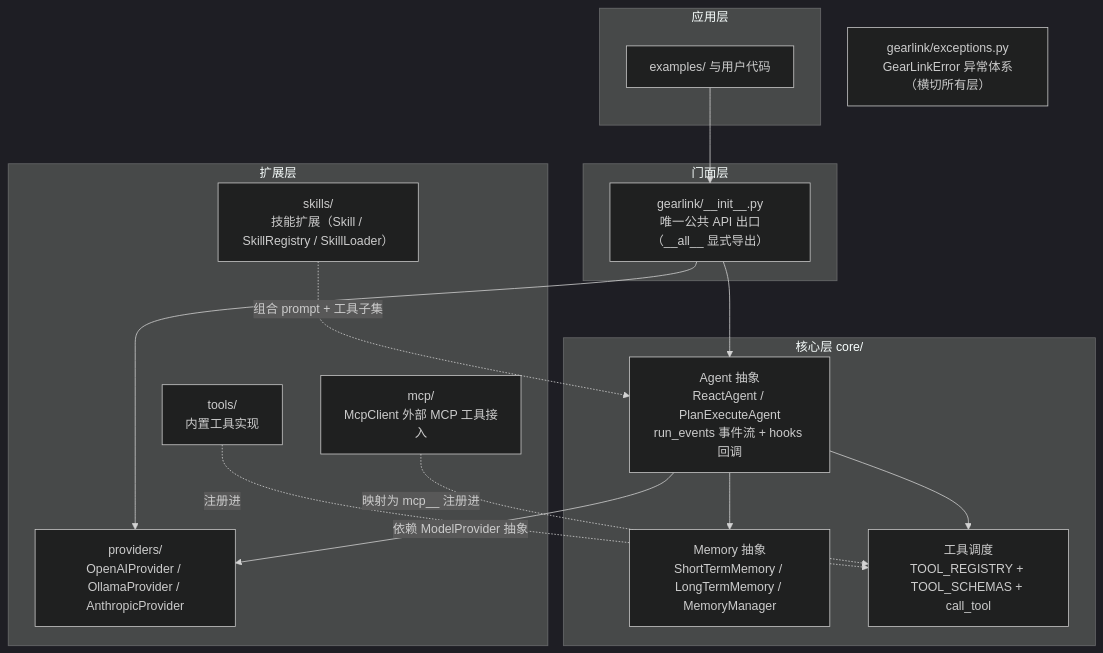
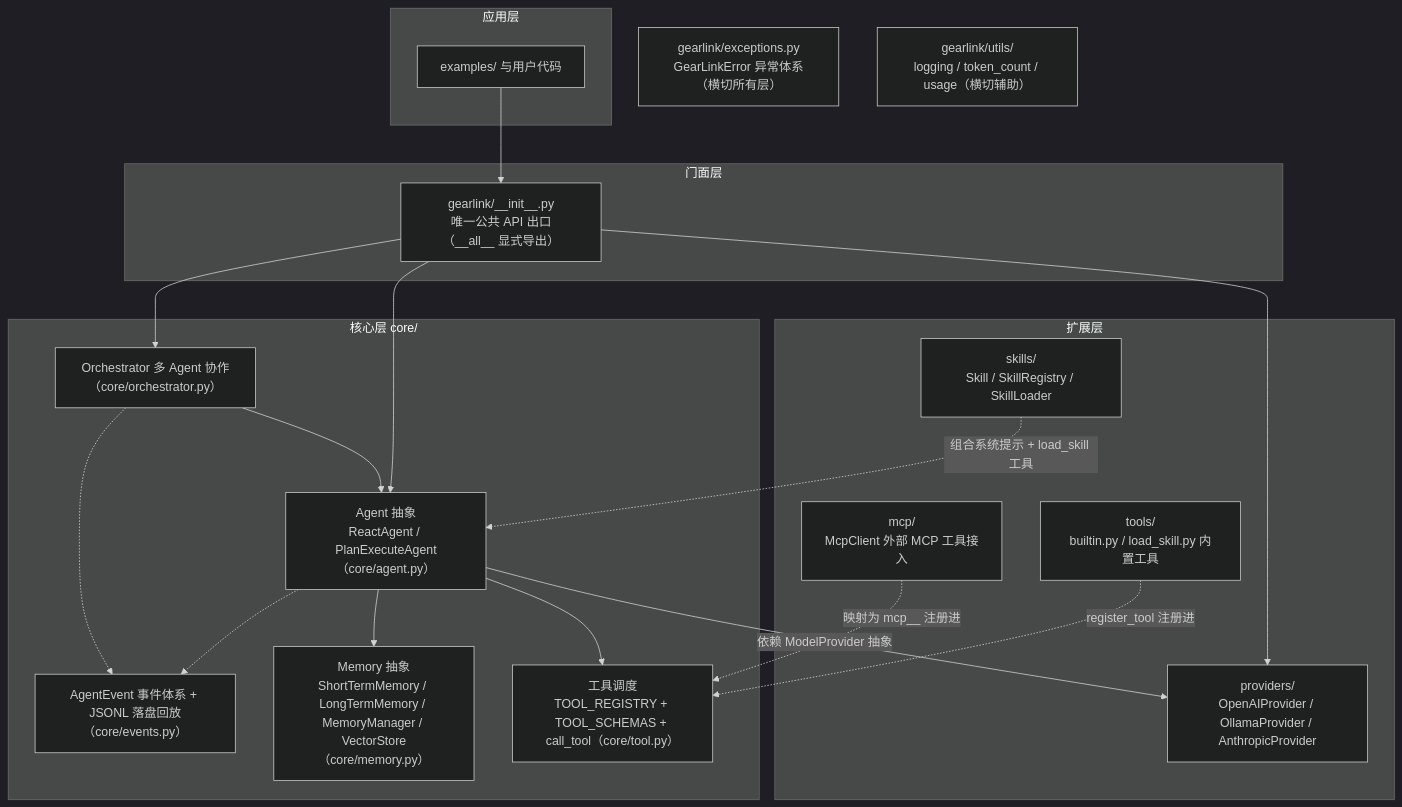
One commit to Mzys521/gearlink changed the first of 6 diagrams in docs/架构设计.md. Above: the diagram before and after it, drawn with Mermaid (dark theme). The commit also changed other lines of this file and 40 other files, not shown here.

````diff
--- a/docs/架构设计.md
+++ b/docs/架构设计.md
@@ -20,35 +20,42 @@
 ```mermaid
 flowchart TB
     subgraph app[应用层]
         EX[examples/ 与用户代码]
     end
 
     subgraph facade[门面层]
         INIT["gearlink/__init__.py<br/>唯一公共 API 出口（__all__ 显式导出）"]
     end
 
     subgraph core[核心层 core/]
-        AGENT["Agent 抽象<br/>ReactAgent / PlanExecuteAgent<br/>run_events 事件流 + hooks 回调"]
-        MEM["Memory 抽象<br/>ShortTermMemory / LongTermMemory / MemoryManager"]
-        DISP["工具调度<br/>TOOL_REGISTRY + TOOL_SCHEMAS + call_tool"]
+        AGENT["Agent 抽象<br/>ReactAgent / PlanExecuteAgent（core/agent.py）"]
+        ORCH["Orchestrator 多 Agent 协作（core/orchestrator.py）"]
+        EVT["AgentEvent 事件体系 + JSONL 落盘回放（core/events.py）"]
+        MEM["Memory 抽象<br/>ShortTermMemory / LongTermMemory / MemoryManager / VectorStore（core/memory.py）"]
+        DISP["工具调度<br/>TOOL_REGISTRY + TOOL_SCHEMAS + call_tool（core/tool.py）"]
     end
 
     subgraph ext[扩展层]
         PROV["providers/<br/>OpenAIProvider / OllamaProvider / AnthropicProvider"]
-        TOOLS["tools/<br/>内置工具实现"]
-        SKILLS["skills/<br/>技能扩展（Skill / SkillRegistry / SkillLoader）"]
+        TOOLS["tools/<br/>builtin.py / load_skill.py 内置工具"]
+        SKILLS["skills/<br/>Skill / SkillRegistry / SkillLoader"]
         MCPX["mcp/<br/>McpClient 外部 MCP 工具接入"]
     end
 
     EXC["gearlink/exceptions.py<br/>GearLinkError 异常体系（横切所有层）"]
+    UTIL["gearlink/utils/<br/>logging / token_count / usage（横切辅助）"]
 
     EX --> INIT
     INIT --> AGENT
+    INIT --> ORCH
     INIT --> PROV
     AGENT -->|"依赖 ModelProvider 抽象"| PROV
     AGENT --> MEM
     AGENT --> DISP
-    TOOLS -.->|"注册进"| DISP
+    AGENT -.-> EVT
+    ORCH --> AGENT
+    ORCH -.-> EVT
+    TOOLS -.->|"register_tool 注册进"| DISP
     MCPX -.->|"映射为 mcp_<server>_<tool> 注册进"| DISP
-    SKILLS -.->|"组合 prompt + 工具子集"| AGENT
+    SKILLS -.->|"组合系统提示 + load_skill 工具"| AGENT
 ```
````
